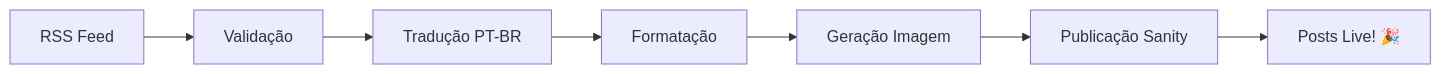
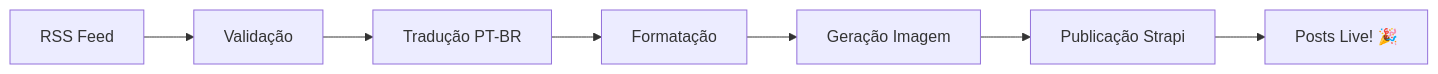
One commit to diegofornalha/thecryptofrontier changed the diagram in framework_crewai/blog_crew/docs/STATUS_PIPELINES_ATUALIZADO.md. Above: the diagram before and after it, drawn with Mermaid. The commit also changed other lines of this file and 295 other files, not shown here.

````diff
--- a/framework_crewai/blog_crew/docs/STATUS_PIPELINES_ATUALIZADO.md
+++ b/framework_crewai/blog_crew/docs/STATUS_PIPELINES_ATUALIZADO.md
@@ -73,9 +73,9 @@
 ```mermaid
 graph LR
     A[RSS Feed] --> B[Validação]
     B --> C[Tradução PT-BR]
     C --> D[Formatação]
     D --> E[Geração Imagem]
-    E --> F[Publicação Sanity]
+    E --> F[Publicação Strapi]
     F --> G[Posts Live! 🎉]
 ```
````
